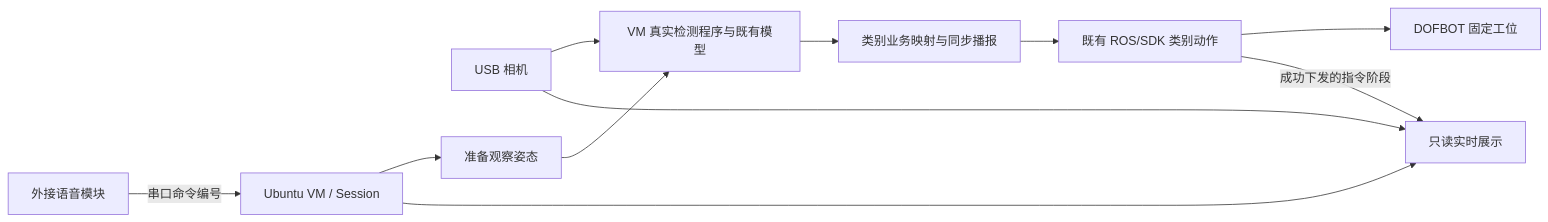
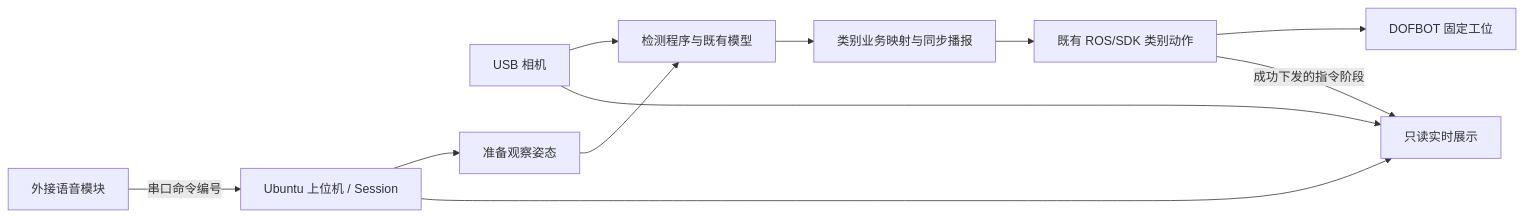
One commit to Citlali6/VisionGrasp-Z19 changed the second of 3 diagrams in report/design_report.md. Above: the diagram before and after it, drawn with Mermaid. The commit also changed other lines of this file and 42 other files, not shown here.

````diff
--- a/report/design_report.md
+++ b/report/design_report.md
@@ -52,13 +52,13 @@
 ```mermaid
 flowchart LR
-  V[外接语音模块] -->|串口命令编号| S[Ubuntu VM / Session]
-  C[USB 相机] --> M[VM 真实检测程序与既有模型]
+  V[外接语音模块] -->|串口命令编号| S[Ubuntu 上位机 / Session]
+  C[USB 相机] --> M[检测程序与既有模型]
   S --> Q[准备观察姿态]
   Q --> M
   M --> B[类别业务映射与同步播报]
   B --> K[既有 ROS/SDK 类别动作]
   K --> ARM[DOFBOT 固定工位]
   C --> UI[只读实时展示]
   S --> UI
   K -->|成功下发的指令阶段| UI
 ```
````
